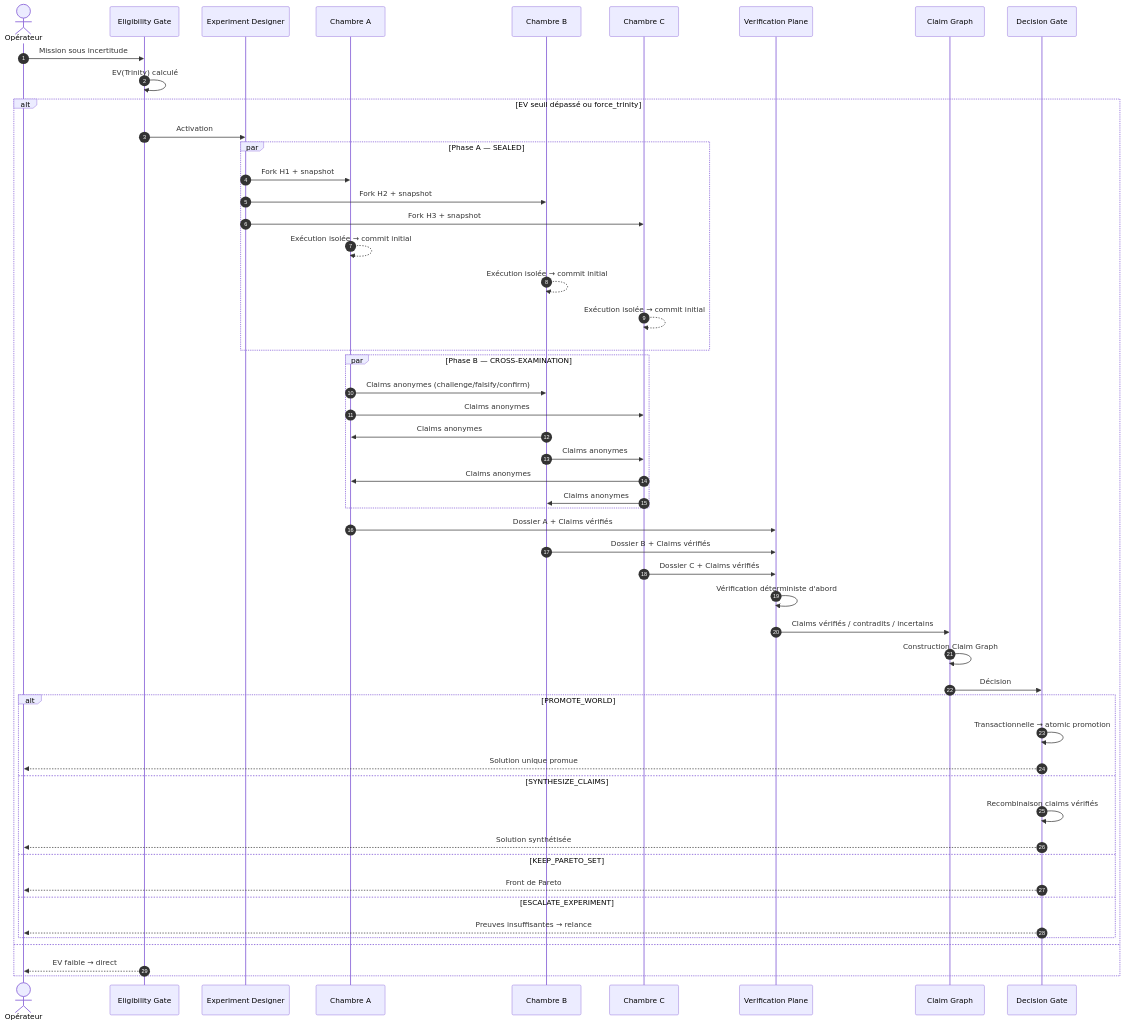
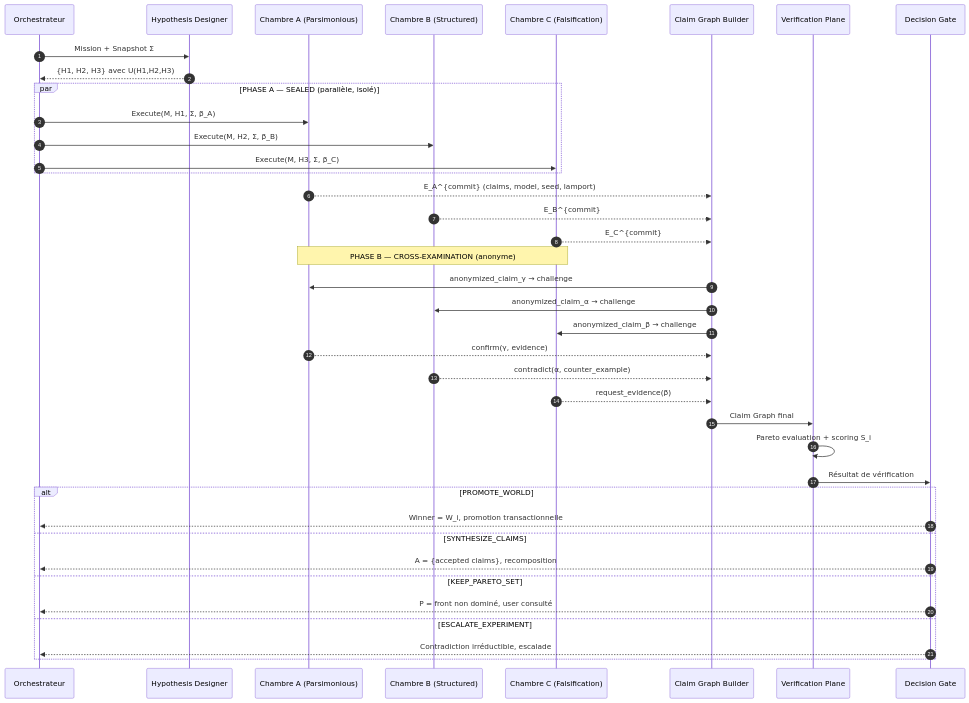
Before and after one commit to PISSARAW/GenOS: the second of 3 diagrams in docs/02-orchestration/topologies/trinity.md, drawn with Mermaid. The commit also changed other lines of this file and 4 other files, not shown here.

````diff
--- a/docs/02-orchestration/topologies/trinity.md
+++ b/docs/02-orchestration/topologies/trinity.md
@@ -1096,62 +976,49 @@
 ```mermaid
 sequenceDiagram
     autonumber
-    actor User as Opérateur
-    participant Gate as Eligibility Gate
-    participant Designer as Experiment Designer
-    participant A as Chambre A
-    participant B as Chambre B
-    participant C as Chambre C
-    participant VP as Verification Plane
-    participant CG as Claim Graph
+    participant Orchestrator as Orchestrateur
+    participant HD as Hypothesis Designer
+    participant A as Chambre A (Parsimonious)
+    participant B as Chambre B (Structured)
+    participant C as Chambre C (Falsification)
+    participant CGB as Claim Graph Builder
+    participant VG as Verification Plane
     participant DG as Decision Gate
 
-    User->>Gate: Mission sous incertitude
-    Gate->>Gate: EV(Trinity) calculé
+    Orchestrator->>HD: Mission + Snapshot Σ
+    HD-->>Orchestrator: {H1, H2, H3} avec U(H1,H2,H3)
 
-    alt EV seuil dépassé ou force_trinity
-        Gate->>Designer: Activation
+    par PHASE A — SEALED (parallèle, isolé)
+        Orchestrator->>A: Execute(M, H1, Σ, β_A)
+        Orchestrator->>B: Execute(M, H2, Σ, β_B)
+        Orchestrator->>C: Execute(M, H3, Σ, β_C)
+    end
 
-        par Phase A — SEALED
-            Designer->>A: Fork H1 + snapshot
-            Designer->>B: Fork H2 + snapshot
-            Designer->>C: Fork H3 + snapshot
-            A-->>A: Exécution isolée → commit initial
-            B-->>B: Exécution isolée → commit initial
-            C-->>C: Exécution isolée → commit initial
-        end
+    A-->>CGB: E_A^{commit} (claims, model, seed, lamport)
+    B-->>CGB: E_B^{commit}
+    C-->>CGB: E_C^{commit}
 
-        par Phase B — CROSS-EXAMINATION
-            A->>B: Claims anonymes (challenge/falsify/confirm)
-            A->>C: Claims anonymes
-            B->>A: Claims anonymes
-            B->>C: Claims anonymes
-            C->>A: Claims anonymes
-            C->>B: Claims anonymes
-        end
+    Note over A,C: PHASE B — CROSS-EXAMINATION (anonyme)
 
-        A->>VP: Dossier A + Claims vérifiés
-        B->>VP: Dossier B + Claims vérifiés
-        C->>VP: Dossier C + Claims vérifiés
+    CGB->>A: anonymized_claim_γ → challenge
+    CGB->>B: anonymized_claim_α → challenge
+    CGB->>C: anonymized_claim_β → challenge
 
-        VP->>VP: Vérification déterministe d'abord
-        VP->>CG: Claims vérifiés / contradits / incertains
+    A-->>CGB: confirm(γ, evidence)
+    B-->>CGB: contradict(α, counter_example)
+    C-->>CGB: request_evidence(β)
 
-        CG->>CG: Construction Claim Graph
-        CG->>DG: Décision
+    CGB->>VG: Claim Graph final
+    VG->>VG: Pareto evaluation + scoring S_i
+    VG->>DG: Résultat de vérification
 
-        alt PROMOTE_WORLD
-            DG->>DG: Transactionnelle → atomic promotion
-            DG-->>User: Solution unique promue
-        else SYNTHESIZE_CLAIMS
-            DG->>DG: Recombinaison claims vérifiés
-            DG-->>User: Solution synthétisée
-        else KEEP_PARETO_SET
-            DG-->>User: Front de Pareto
-        else ESCALATE_EXPERIMENT
-            DG-->>User: Preuves insuffisantes → relance
-        end
-    else
-        Gate-->>User: EV faible → direct
+    alt PROMOTE_WORLD
+        DG-->>Orchestrator: Winner = W_i, promotion transactionnelle
+    else SYNTHESIZE_CLAIMS
+        DG-->>Orchestrator: A = {accepted claims}, recomposition
+    else KEEP_PARETO_SET
+        DG-->>Orchestrator: P = front non dominé, user consulté
+    else ESCALATE_EXPERIMENT
+        DG-->>Orchestrator: Contradiction irréductible, escalade
     end
 ```
````
